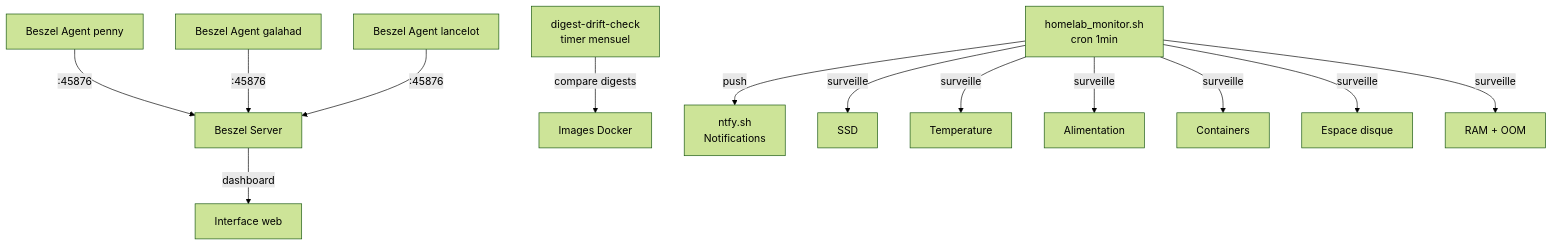
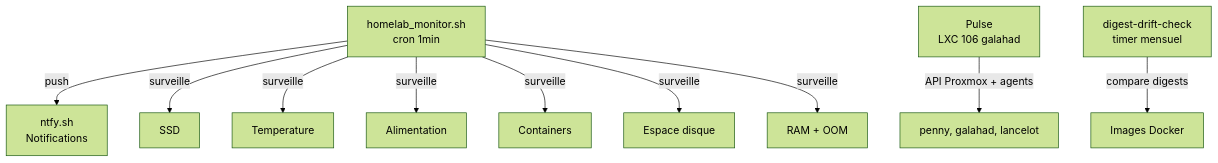
One commit to GabinSMD/homelab-doc changed the diagram in docs/operations/monitoring.md. Above: the diagram before and after it, drawn with Mermaid (forest theme). The commit also changed other lines of this file and 21 other files, not shown here.

````diff
--- a/docs/operations/monitoring.md
+++ b/docs/operations/monitoring.md
@@ -5,17 +5,14 @@
 ```mermaid
 graph TD
     Script[homelab_monitor.sh<br/>cron 1min] -->|push| Ntfy[ntfy.sh<br/>Notifications]
-    Beszel[Beszel Server] -->|dashboard| Web[Interface web]
+    Pulse[Pulse<br/>LXC 106 galahad] -->|API Proxmox + agents| Hosts[penny, galahad, lancelot]
     DD[digest-drift-check<br/>timer mensuel] -->|compare digests| Docker[Images Docker]
     
     Script -->|surveille| SSD[SSD]
     Script -->|surveille| Temp[Temperature]
     Script -->|surveille| Power[Alimentation]
     Script -->|surveille| Containers[Containers]
     Script -->|surveille| Disk[Espace disque]
     Script -->|surveille| RAM[RAM + OOM]
 
-    Agent1[Beszel Agent penny] -->|:45876| Beszel
-    Agent2[Beszel Agent galahad] -->|:45876| Beszel
-    Agent3[Beszel Agent lancelot] -->|:45876| Beszel
 ```
````
